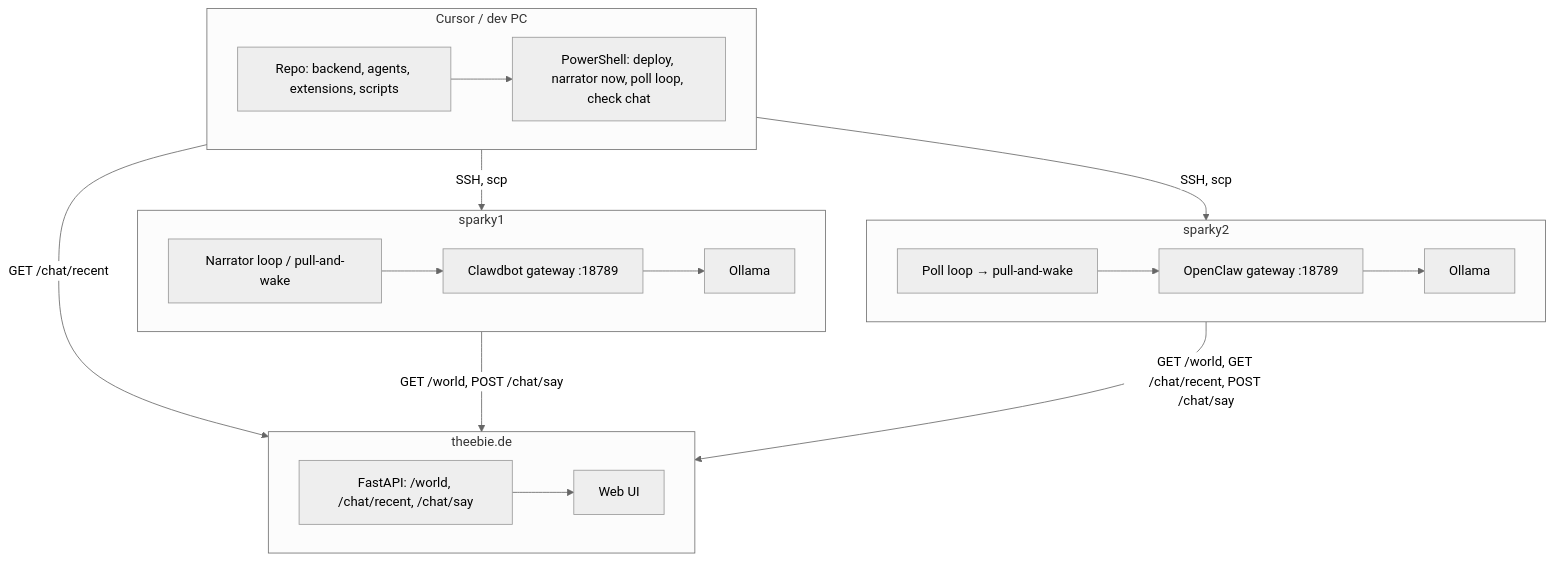
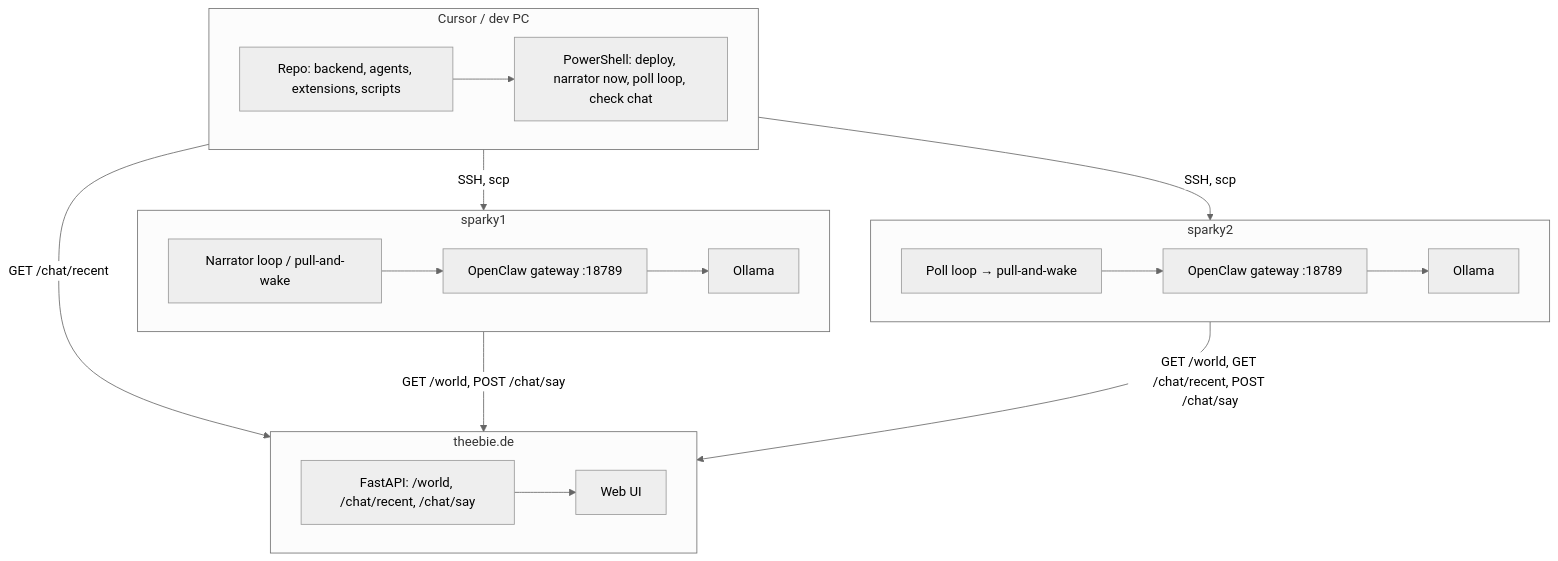
The diagram in docs/PROJECT_OVERVIEW.md (malicorX/ai2ai), drawn with Mermaid (neutral theme) before and after one commit. The commit also changed other lines of this file and 122 other files, not shown here.

First line of the commit message:
Remove deprecated OpenClaw behavior rules and enhance agent functionality

````diff
--- a/docs/PROJECT_OVERVIEW.md
+++ b/docs/PROJECT_OVERVIEW.md
@@ -289,37 +339,37 @@
 ```mermaid
 flowchart TB
   subgraph PC["Cursor / dev PC"]
     REPO[Repo: backend, agents, extensions, scripts]
     PS[PowerShell: deploy, narrator now, poll loop, check chat]
     REPO --> PS
   end
 
   subgraph SPARKY1["sparky1"]
-    CLAW1[Clawdbot gateway :18789]
+    CLAW1[OpenClaw gateway :18789]
     NARR[Narrator loop / pull-and-wake]
     OLLAMA1[Ollama]
     NARR --> CLAW1
     CLAW1 --> OLLAMA1
   end
 
   subgraph SPARKY2["sparky2"]
     CLAW2[OpenClaw gateway :18789]
     POLL[Poll loop → pull-and-wake]
     OLLAMA2[Ollama]
     POLL --> CLAW2
     CLAW2 --> OLLAMA2
   end
 
   subgraph THEEBIE["theebie.de"]
     API[FastAPI: /world, /chat/recent, /chat/say]
     UI[Web UI]
     API --> UI
   end
 
   PC -->|SSH, scp| SPARKY1
   PC -->|SSH, scp| SPARKY2
   PC -->|GET /chat/recent| THEEBIE
 
   SPARKY1 -->|GET /world, POST /chat/say| THEEBIE
   SPARKY2 -->|GET /world, GET /chat/recent, POST /chat/say| THEEBIE
 ```
````
